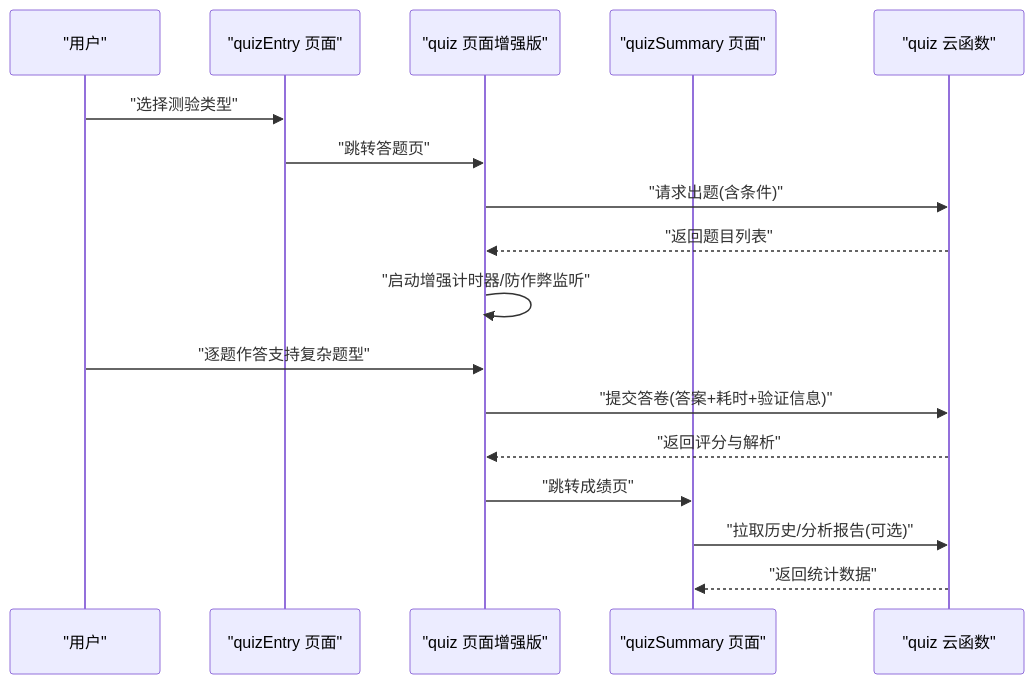
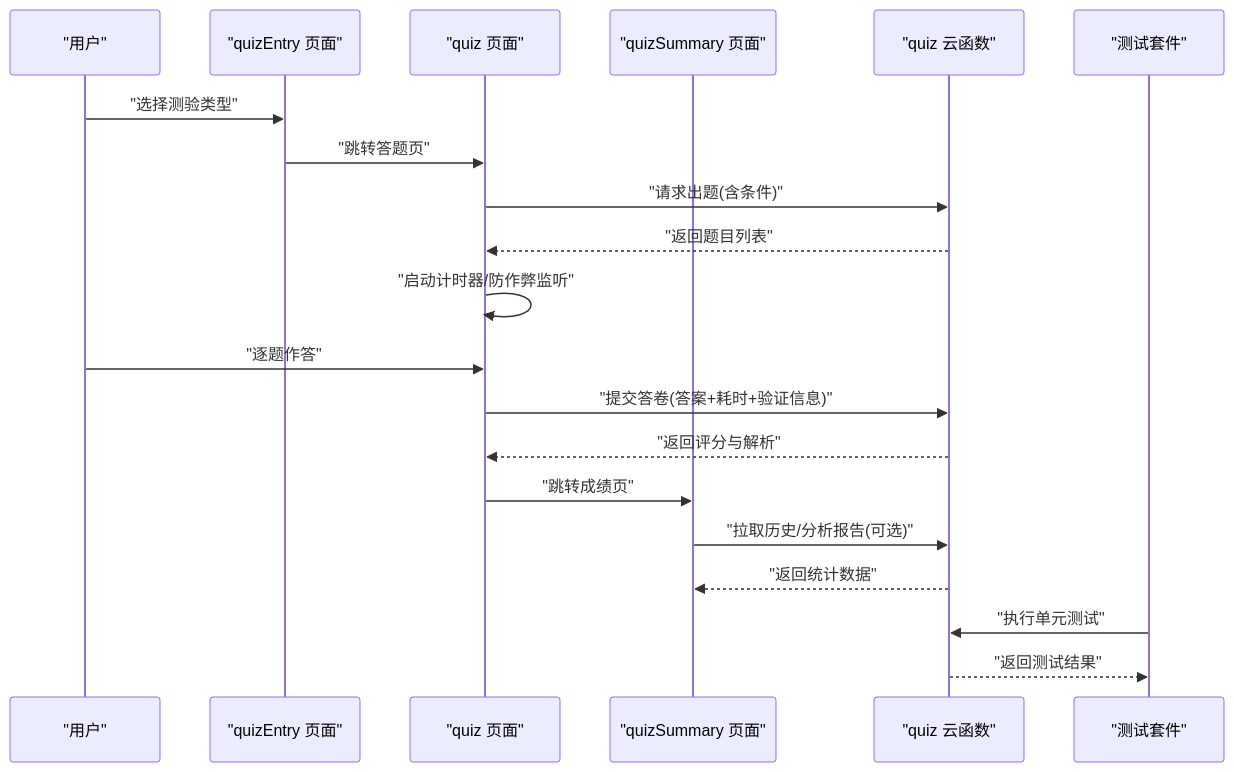
One commit to cwb7756/bio changed the second of 16 diagrams in .qoder/repowiki/zh/content/核心功能模块/测验系统/测验系统.md. Above: the diagram before and after it, drawn with Mermaid. The commit also changed other lines of this file and 45 other files, not shown here.

````diff
--- a/.qoder/repowiki/zh/content/核心功能模块/测验系统/测验系统.md
+++ b/.qoder/repowiki/zh/content/核心功能模块/测验系统/测验系统.md
@@ -118,19 +125,22 @@
 ```mermaid
 sequenceDiagram
 participant U as "用户"
 participant QE as "quizEntry 页面"
-participant P as "quiz 页面增强版"
+participant P as "quiz 页面"
 participant S as "quizSummary 页面"
 participant C as "quiz 云函数"
+participant T as "测试套件"
 U->>QE : "选择测验类型"
 QE->>P : "跳转答题页"
 P->>C : "请求出题(含条件)"
 C-->>P : "返回题目列表"
-P->>P : "启动增强计时器/防作弊监听"
-U->>P : "逐题作答支持复杂题型"
+P->>P : "启动计时器/防作弊监听"
+U->>P : "逐题作答"
 P->>C : "提交答卷(答案+耗时+验证信息)"
 C-->>P : "返回评分与解析"
 P->>S : "跳转成绩页"
 S->>C : "拉取历史/分析报告(可选)"
 C-->>S : "返回统计数据"
+T->>C : "执行单元测试"
+C-->>T : "返回测试结果"
 ```
````
